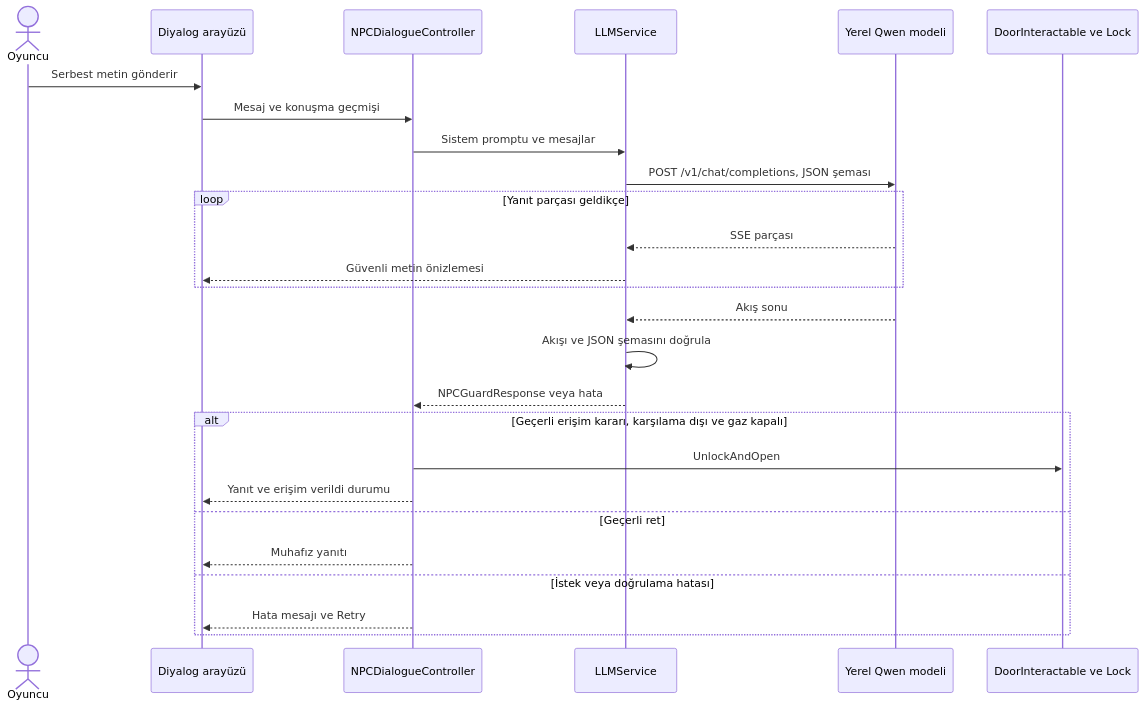
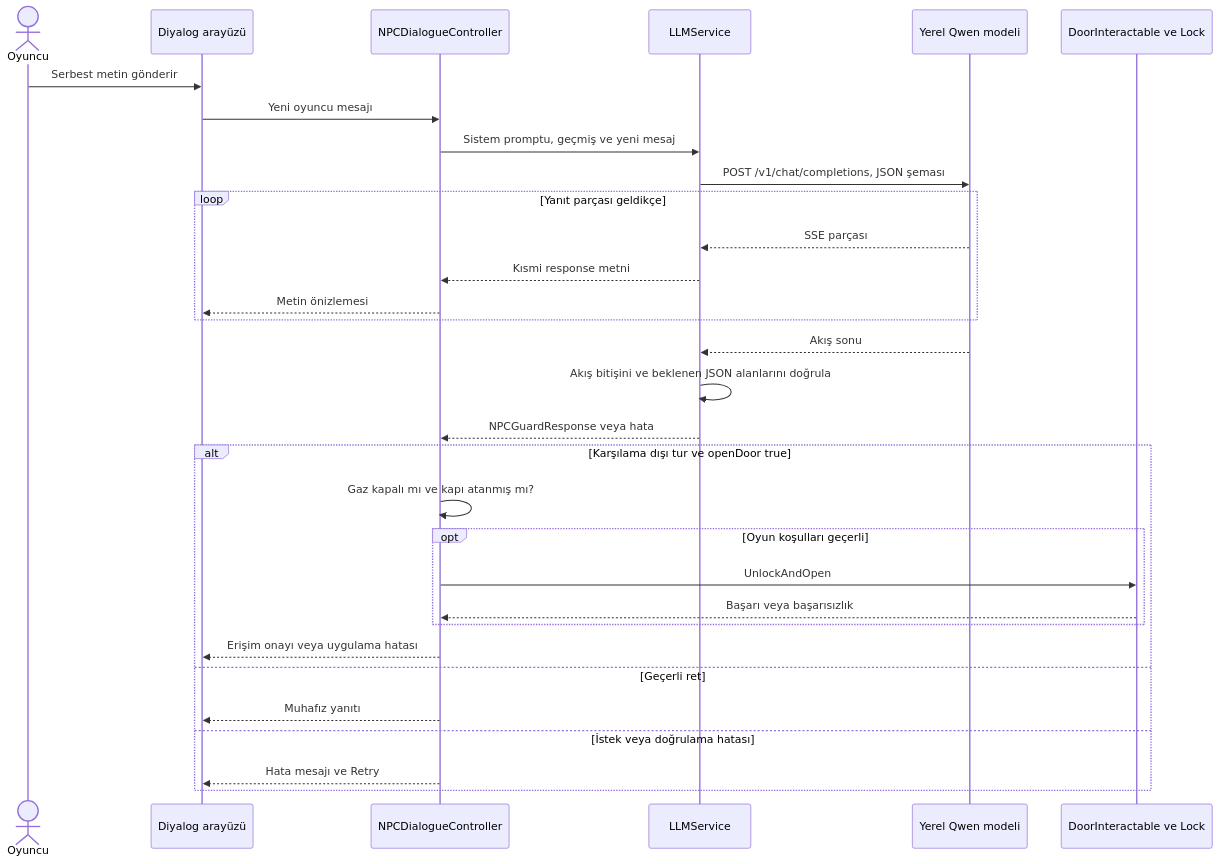
One commit to omerkocman/YazLab-1 changed the ninth of 9 diagrams in README.md. Above: the diagram before and after it, drawn with Mermaid. The commit also changed other lines of this file and 13 other files, not shown here.

Commit message:
Clarify robot diagrams and local model test results

````diff
--- a/README.md
+++ b/README.md
@@ -226,28 +279,33 @@
 ```mermaid
 sequenceDiagram
     actor O as Oyuncu
     participant U as Diyalog arayüzü
     participant C as NPCDialogueController
     participant S as LLMService
     participant L as Yerel Qwen modeli
     participant K as DoorInteractable ve Lock
     O->>U: Serbest metin gönderir
-    U->>C: Mesaj ve konuşma geçmişi
-    C->>S: Sistem promptu ve mesajlar
+    U->>C: Yeni oyuncu mesajı
+    C->>S: Sistem promptu, geçmiş ve yeni mesaj
     S->>L: POST /v1/chat/completions, JSON şeması
     loop Yanıt parçası geldikçe
         L-->>S: SSE parçası
-        S-->>U: Güvenli metin önizlemesi
+        S-->>C: Kısmi response metni
+        C-->>U: Metin önizlemesi
     end
     L-->>S: Akış sonu
-    S->>S: Akışı ve JSON şemasını doğrula
+    S->>S: Akış bitişini ve beklenen JSON alanlarını doğrula
     S-->>C: NPCGuardResponse veya hata
-    alt Geçerli erişim kararı, karşılama dışı ve gaz kapalı
-        C->>K: UnlockAndOpen
-        C-->>U: Yanıt ve erişim verildi durumu
+    alt Karşılama dışı tur ve openDoor true
+        C->>C: Gaz kapalı mı ve kapı atanmış mı?
+        opt Oyun koşulları geçerli
+            C->>K: UnlockAndOpen
+            K-->>C: Başarı veya başarısızlık
+        end
+        C-->>U: Erişim onayı veya uygulama hatası
     else Geçerli ret
         C-->>U: Muhafız yanıtı
     else İstek veya doğrulama hatası
         C-->>U: Hata mesajı ve Retry
     end
 ```
````
